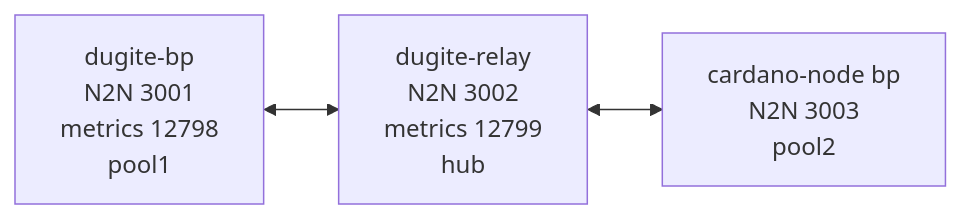
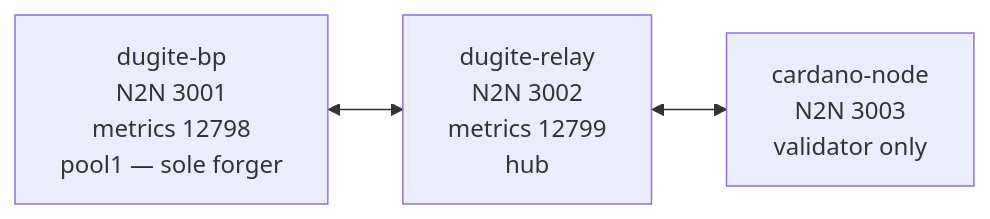
One commit to michaeljfazio/dugite changed the diagram in docs/src/running/local-testnet.md. Above: the diagram before and after it, drawn with Mermaid. The commit also changed other lines of this file and 5 other files, not shown here.

````diff
--- a/docs/src/running/local-testnet.md
+++ b/docs/src/running/local-testnet.md
@@ -11,5 +11,5 @@
 ```mermaid
 graph LR
-  dbp[dugite-bp<br/>N2N 3001<br/>metrics 12798<br/>pool1] <--> dr[dugite-relay<br/>N2N 3002<br/>metrics 12799<br/>hub]
-  dr <--> cbp[cardano-node bp<br/>N2N 3003<br/>pool2]
+  dbp[dugite-bp<br/>N2N 3001<br/>metrics 12798<br/>pool1 — sole forger] <--> dr[dugite-relay<br/>N2N 3002<br/>metrics 12799<br/>hub]
+  dr <--> cbp[cardano-node<br/>N2N 3003<br/>validator only]
 ```
````
